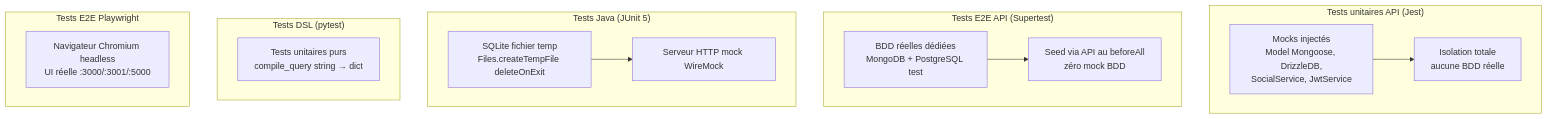
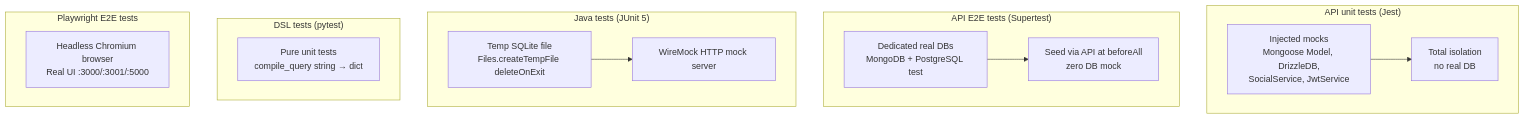
The second of 2 diagrams in docs/TEST.md (creibaud/QuartierConnect), drawn with Mermaid before and after one commit. The commit also changed other lines of this file and 155 other files, not shown here.

````diff
--- a/docs/TEST.md
+++ b/docs/TEST.md
@@ -356,28 +356,28 @@
 ```mermaid
 graph TB
-    subgraph UnitAPI["Tests unitaires API (Jest)"]
-        MOCK[Mocks injectés<br/>Model Mongoose, DrizzleDB,<br/>SocialService, JwtService]
-        ISOLATED[Isolation totale<br/>aucune BDD réelle]
+    subgraph UnitAPI["API unit tests (Jest)"]
+        MOCK[Injected mocks<br/>Mongoose Model, DrizzleDB,<br/>SocialService, JwtService]
+        ISOLATED[Total isolation<br/>no real DB]
         MOCK --> ISOLATED
     end
 
-    subgraph E2EAPI["Tests E2E API (Supertest)"]
-        REAL[BDD réelles dédiées<br/>MongoDB + PostgreSQL test]
-        SEED[Seed via API au beforeAll<br/>zéro mock BDD]
+    subgraph E2EAPI["API E2E tests (Supertest)"]
+        REAL[Dedicated real DBs<br/>MongoDB + PostgreSQL test]
+        SEED[Seed via API at beforeAll<br/>zero DB mock]
         REAL --> SEED
     end
 
-    subgraph JAVA["Tests Java (JUnit 5)"]
-        TMPFILE[SQLite fichier temp<br/>Files.createTempFile deleteOnExit]
-        HTTPMOCK[Serveur HTTP mock WireMock]
+    subgraph JAVA["Java tests (JUnit 5)"]
+        TMPFILE[Temp SQLite file<br/>Files.createTempFile deleteOnExit]
+        HTTPMOCK[WireMock HTTP mock server]
         TMPFILE --> HTTPMOCK
     end
 
-    subgraph DSL["Tests DSL (pytest)"]
-        PURE[Tests unitaires purs<br/>compile_query string → dict]
+    subgraph DSL["DSL tests (pytest)"]
+        PURE[Pure unit tests<br/>compile_query string → dict]
     end
 
-    subgraph PW["Tests E2E Playwright"]
-        BROWSER[Navigateur Chromium headless<br/>UI réelle :3000/:3001/:5000]
+    subgraph PW["Playwright E2E tests"]
+        BROWSER[Headless Chromium browser<br/>Real UI :3000/:3001/:5000]
     end
 ```
````
